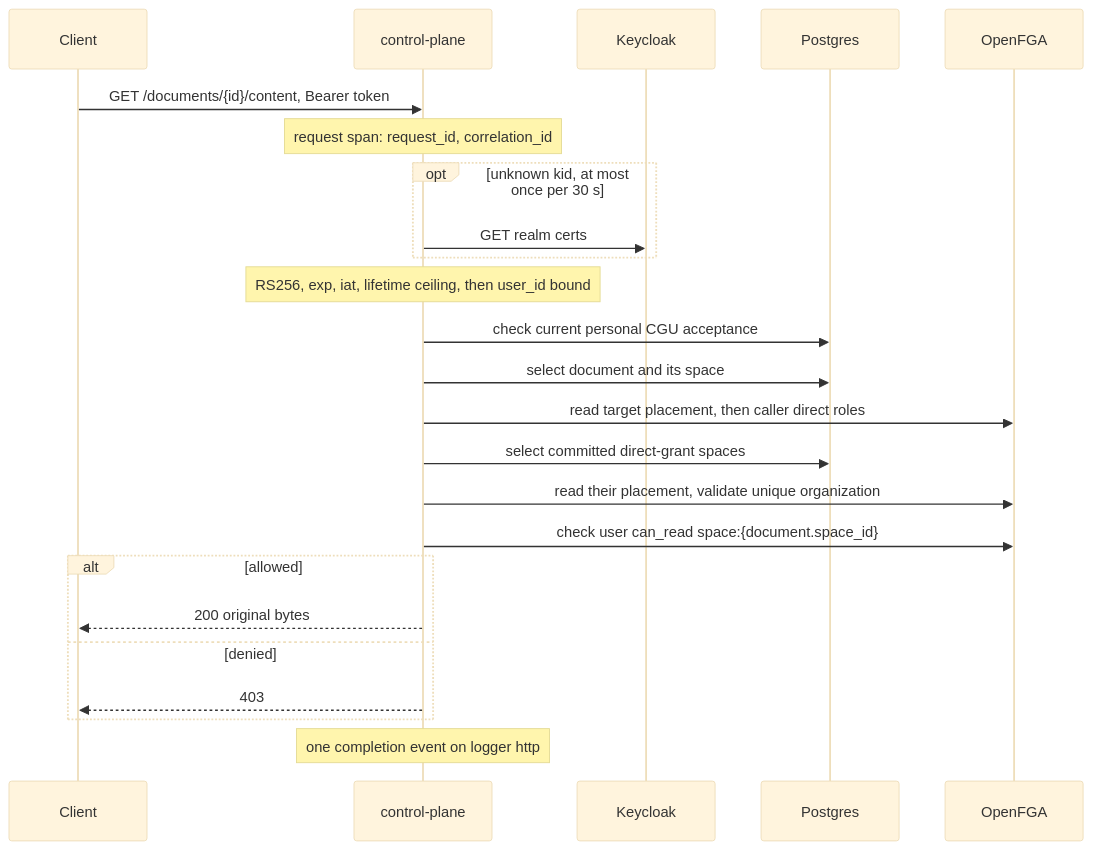
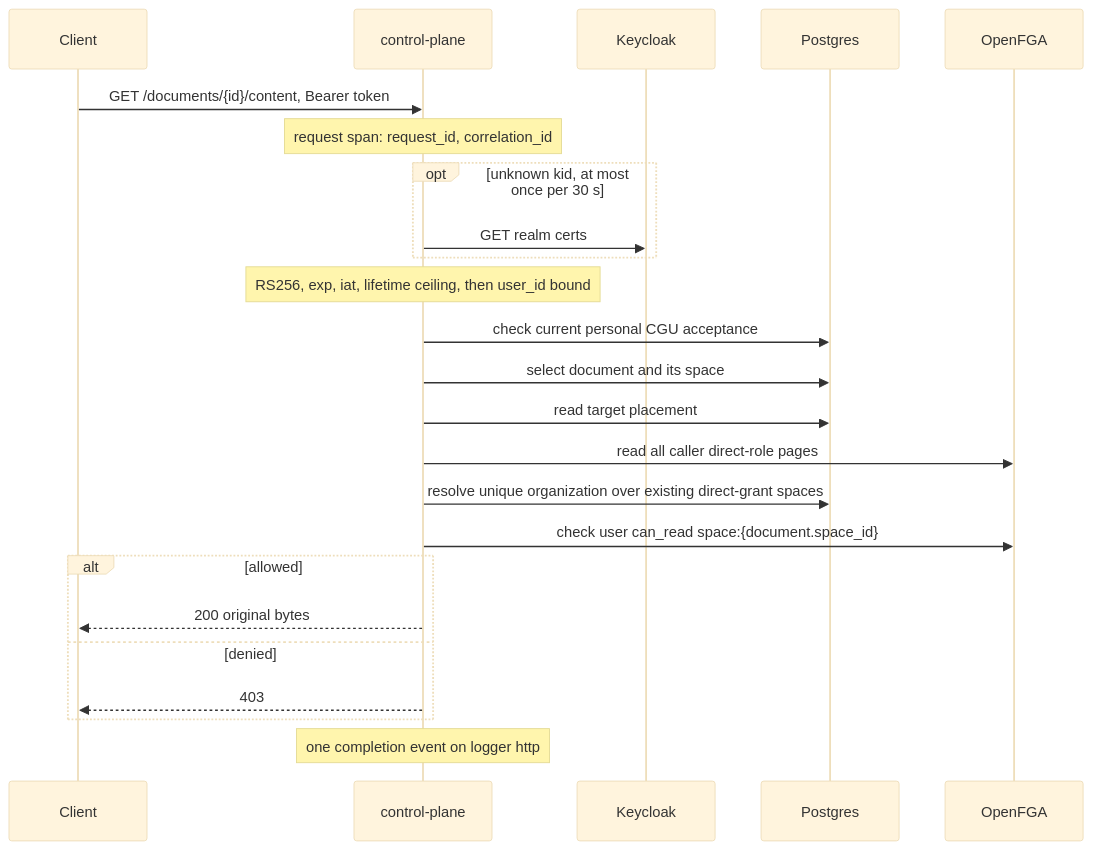
One commit to ThalesGroup/fred changed the third of 11 diagrams in docs/architecture/A1-manager-runtime.md. Above: the diagram before and after it, drawn with Mermaid (base theme). The commit also changed other lines of this file and 29 other files, not shown here.

Commit message:
fix(#3180): resolve organization context from immutable SQL placement

````diff
--- a/docs/architecture/A1-manager-runtime.md
+++ b/docs/architecture/A1-manager-runtime.md
@@ -212,26 +213,26 @@
 ```mermaid
 sequenceDiagram
     participant C as Client
     participant M as control-plane
     participant KC as Keycloak
     participant PG as Postgres
     participant FGA as OpenFGA
     C->>M: GET /documents/{id}/content, Bearer token
     Note over M: request span: request_id, correlation_id
     opt unknown kid, at most once per 30 s
         M->>KC: GET realm certs
     end
     Note over M: RS256, exp, iat, lifetime ceiling, then user_id bound
     M->>PG: check current personal CGU acceptance
     M->>PG: select document and its space
-    M->>FGA: read target placement, then caller direct roles
-    M->>PG: select committed direct-grant spaces
-    M->>FGA: read their placement, validate unique organization
+    M->>PG: read target placement
+    M->>FGA: read all caller direct-role pages
+    M->>PG: resolve unique organization over existing direct-grant spaces
     M->>FGA: check user can_read space:{document.space_id}
     alt allowed
         M-->>C: 200 original bytes
     else denied
         M-->>C: 403
     end
     Note over M: one completion event on logger http
 ```
````
